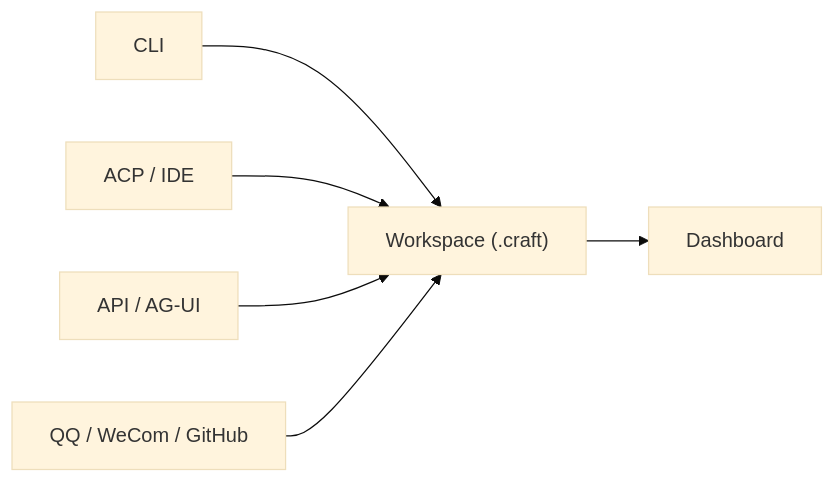
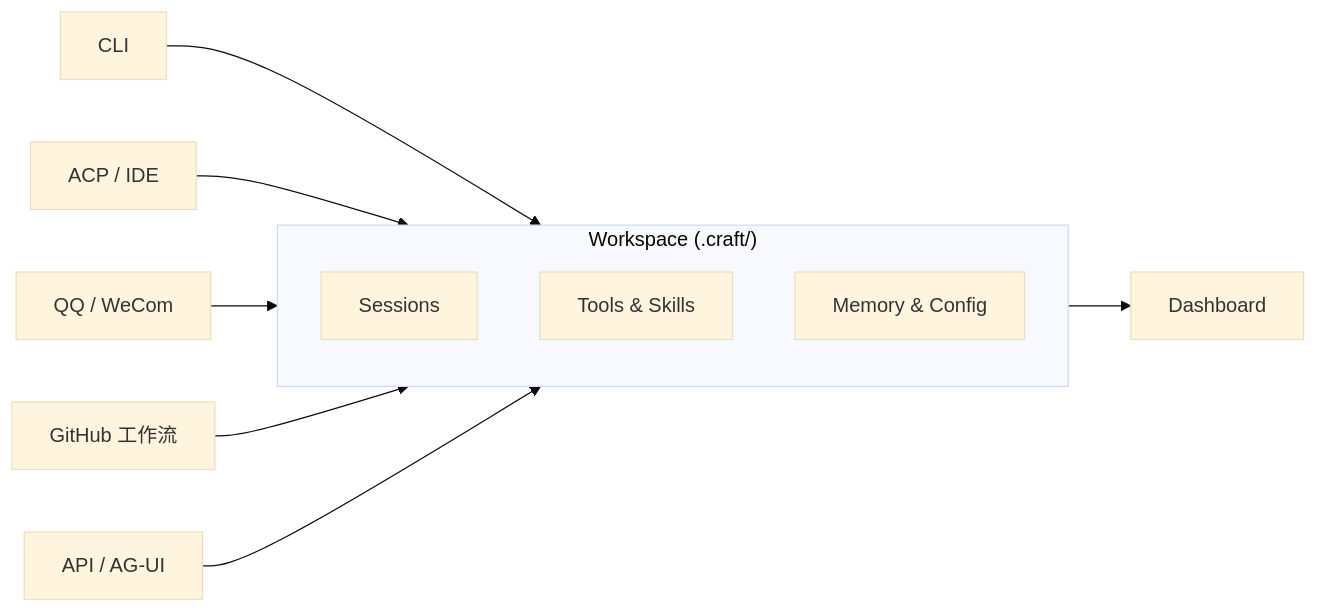
One commit to DotCraftDev/dotcraft changed the diagram in README_ZH.md. Above: the diagram before and after it, drawn with Mermaid (base theme). The commit also changed other lines of this file and 151 other files, not shown here.

````diff
--- a/README_ZH.md
+++ b/README_ZH.md
@@ -43,15 +133,23 @@
 ```mermaid
 flowchart LR
     Cli["CLI"]
     Ide["ACP / IDE"]
+    Bots["QQ / WeCom"]
+    Workflow["GitHub 工作流"]
     Api["API / AG-UI"]
-    Bots["QQ / WeCom / GitHub"]
-    Workspace["Workspace (.craft)"]
+
+    subgraph Workspace ["Workspace (.craft/)"]
+        Sessions["Sessions"]
+        Tools["Tools & Skills"]
+        Memory["Memory & Config"]
+    end
+
     Dashboard["Dashboard"]
 
     Cli --> Workspace
     Ide --> Workspace
+    Bots --> Workspace
+    Workflow --> Workspace
     Api --> Workspace
-    Bots --> Workspace
     Workspace --> Dashboard
 ```
````
